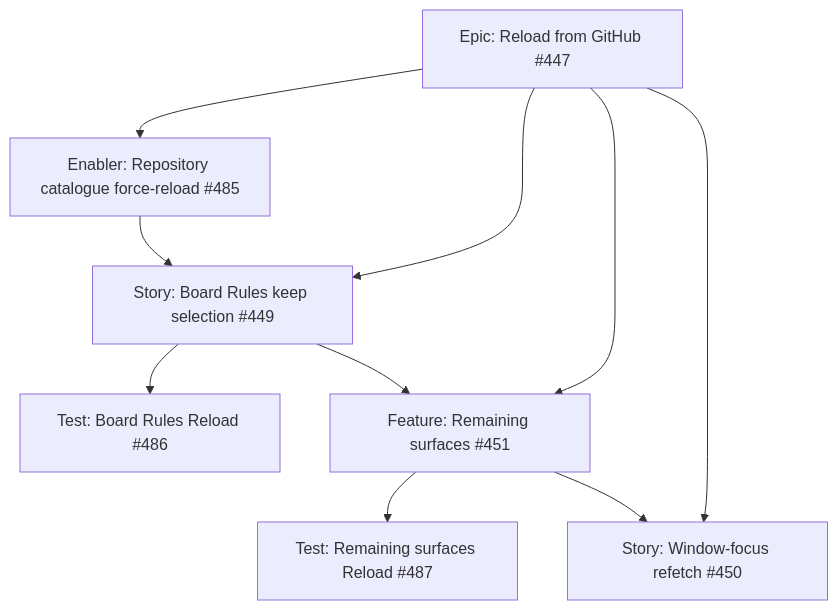
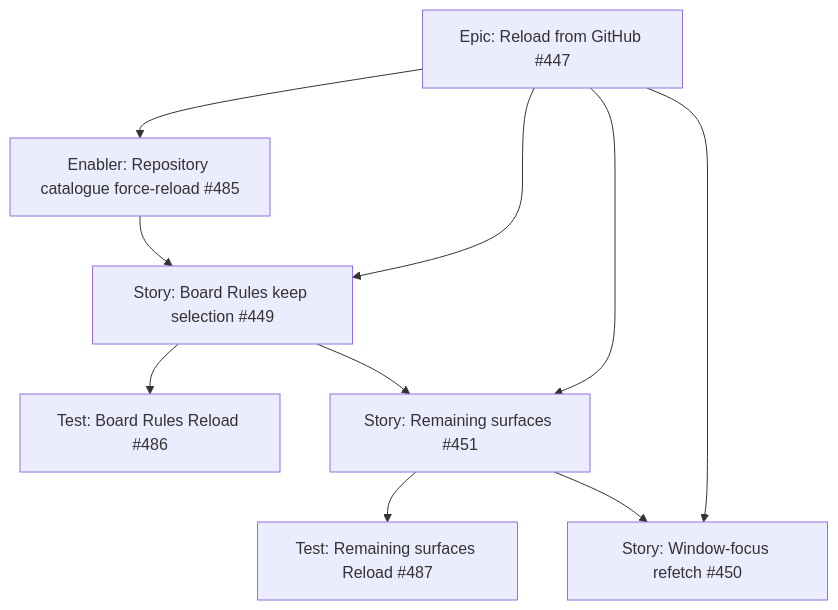
Before and after one commit to markheydon/solo-dev-board: the diagram in plan/reload-from-github-keep-selection-project-plan.md, drawn with Mermaid. The commit also changed other lines of this file and 9 other files, not shown here.

````diff
--- a/plan/reload-from-github-keep-selection-project-plan.md
+++ b/plan/reload-from-github-keep-selection-project-plan.md
@@ -39,12 +39,12 @@
 ```mermaid
 graph TD
     A[Epic: Reload from GitHub #447] --> B[Enabler: Repository catalogue force-reload #485]
     A --> C[Story: Board Rules keep selection #449]
-    A --> D[Feature: Remaining surfaces #451]
+    A --> D[Story: Remaining surfaces #451]
     A --> E[Story: Window-focus refetch #450]
     B --> C
     C --> F[Test: Board Rules Reload #486]
     C --> D
     D --> G[Test: Remaining surfaces Reload #487]
     D --> E
 ```
````
